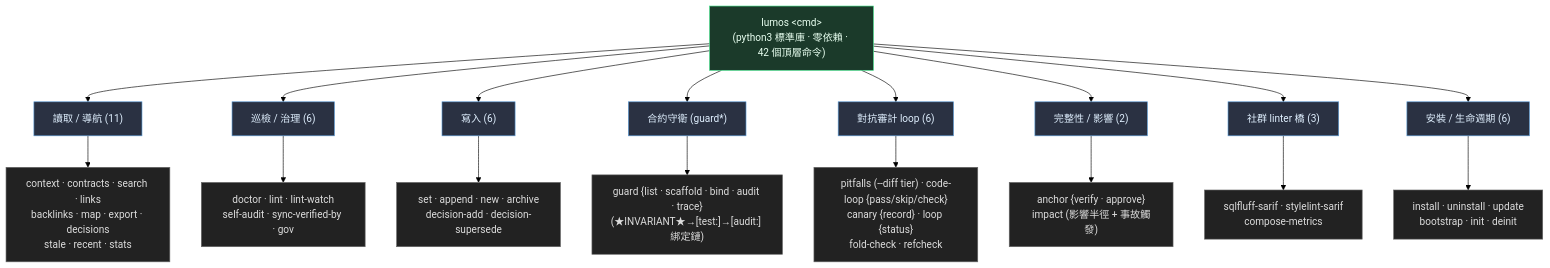
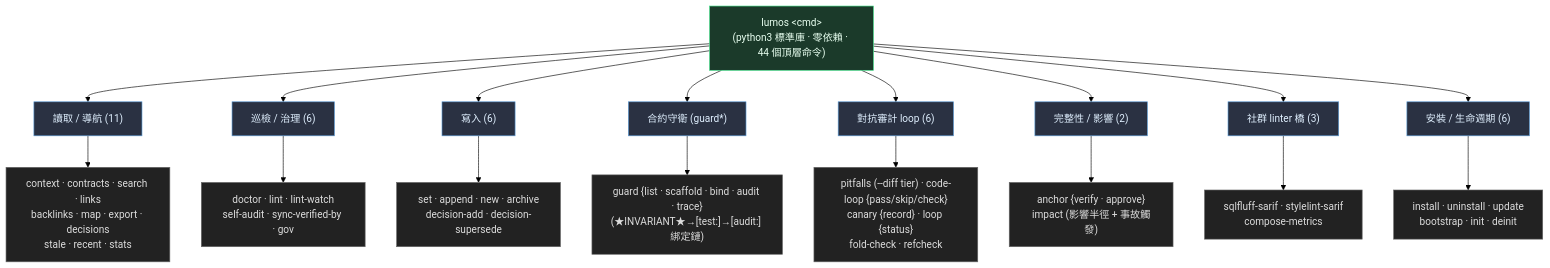
One commit to EnzoHsieh-Android/Lumos changed the third of 4 diagrams in ARCHITECTURE.md. Above: the diagram before and after it, drawn with Mermaid (forest theme). The commit also changed other lines of this file and 14 other files, not shown here.

````diff
--- a/ARCHITECTURE.md
+++ b/ARCHITECTURE.md
@@ -99,29 +99,29 @@
 ```mermaid
 flowchart TB
-    ROOT["lumos &lt;cmd&gt;<br/>(python3 標準庫 · 零依賴 · 42 個頂層命令)"]
+    ROOT["lumos &lt;cmd&gt;<br/>(python3 標準庫 · 零依賴 · 44 個頂層命令)"]
 
     ROOT --> READ["讀取 / 導航 (11)"]
     ROOT --> HEALTH["巡檢 / 治理 (6)"]
     ROOT --> WRITE["寫入 (6)"]
     ROOT --> GUARD["合約守衛 (guard*)"]
     ROOT --> LOOP["對抗審計 loop (6)"]
     ROOT --> INTEG["完整性 / 影響 (2)"]
     ROOT --> SARIF["社群 linter 橋 (3)"]
     ROOT --> LIFE["安裝 / 生命週期 (6)"]
 
     READ --> R["context · contracts · search · links<br/>backlinks · map · export · decisions<br/>stale · recent · stats"]
     HEALTH --> H["doctor · lint · lint-watch<br/>self-audit · sync-verified-by · gov"]
     WRITE --> W["set · append · new · archive<br/>decision-add · decision-supersede"]
     GUARD --> G["guard {list · scaffold · bind · audit · trace}<br/>(★INVARIANT★→[test:]→[audit:] 綁定鏈)"]
     LOOP --> LP["pitfalls (--diff tier) · code-loop {pass/skip/check}<br/>canary {record} · loop {status}<br/>fold-check · refcheck"]
     INTEG --> I["anchor {verify · approve}<br/>impact (影響半徑 + 事故觸發)"]
     SARIF --> ST["sqlfluff-sarif · stylelint-sarif<br/>compose-metrics"]
     LIFE --> L["install · uninstall · update<br/>bootstrap · init · deinit"]
 
     classDef root fill:#1b3a2a,stroke:#3ddc84,color:#e8fff0
     classDef cat fill:#2a3142,stroke:#5a9bd6,color:#e0f0ff
     classDef leaf fill:#222,stroke:#666,color:#ddd
     class ROOT root
     class READ,HEALTH,WRITE,GUARD,LOOP,INTEG,SARIF,LIFE cat
     class R,H,W,G,LP,I,ST,L leaf
 ```
````
